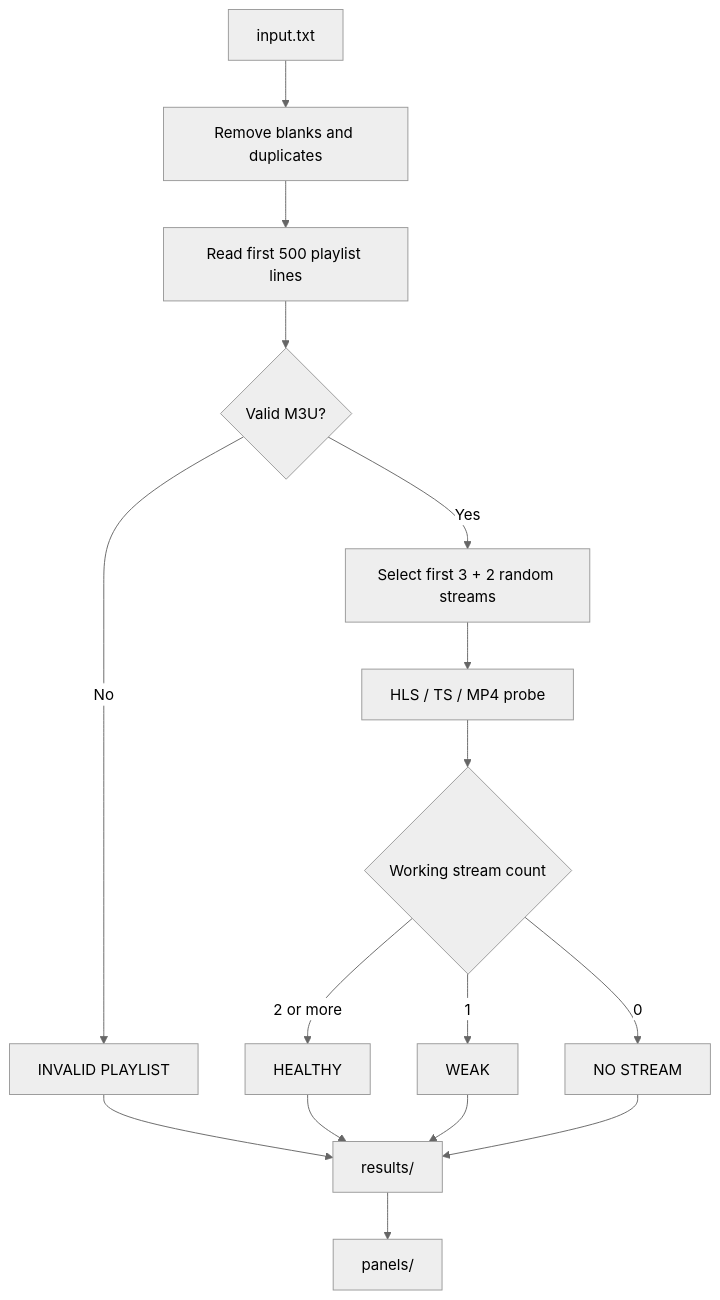
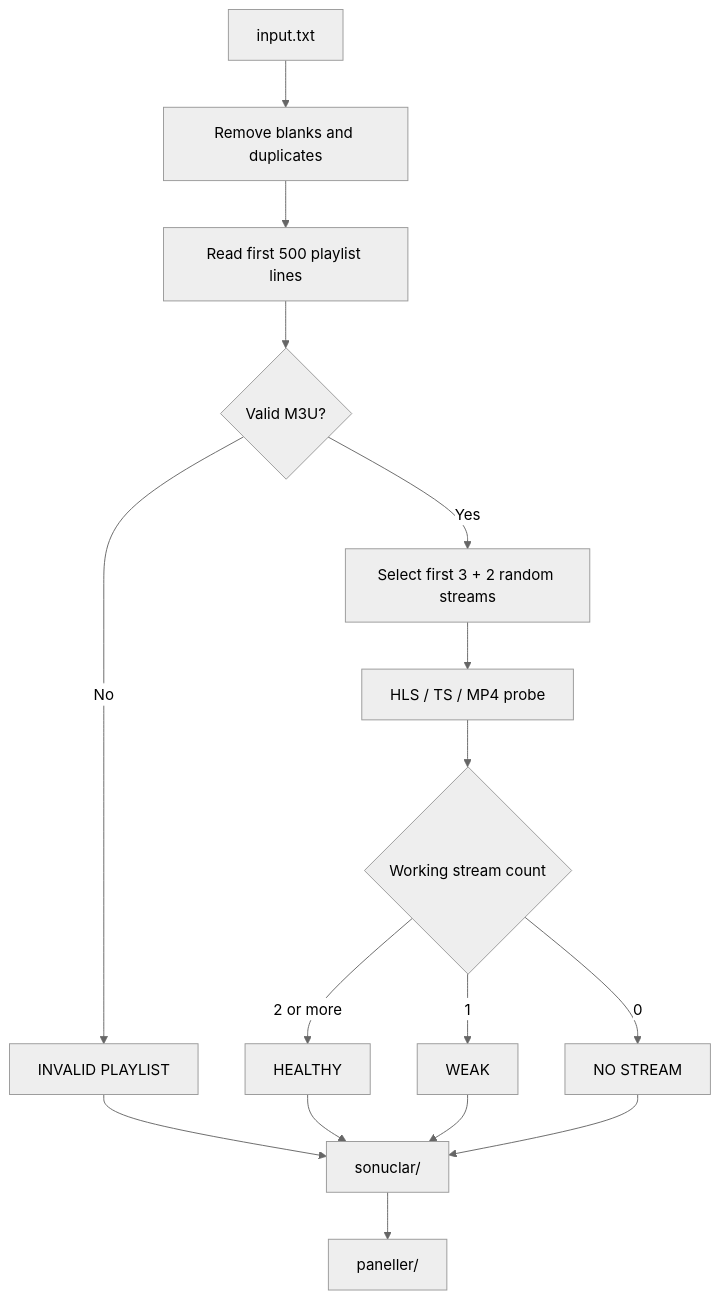
Before and after one commit to furkanckkmus/iptv-checker: the second of 2 diagrams in README.md, drawn with Mermaid (neutral theme). The commit also changed other lines of this file and 15 other files, not shown here.

````diff
--- a/README.md
+++ b/README.md
@@ -365,18 +531,18 @@
 ```mermaid
 flowchart TD
     A[input.txt] --> B[Remove blanks and duplicates]
     B --> C[Read first 500 playlist lines]
     C --> D{Valid M3U?}
     D -- No --> E[INVALID PLAYLIST]
     D -- Yes --> F[Select first 3 + 2 random streams]
     F --> G[HLS / TS / MP4 probe]
     G --> H{Working stream count}
     H -- 2 or more --> I[HEALTHY]
     H -- 1 --> J[WEAK]
     H -- 0 --> K[NO STREAM]
-    E --> L[results/]
+    E --> L[sonuclar/]
     I --> L
     J --> L
     K --> L
-    L --> M[panels/]
+    L --> M[paneller/]
 ```
````
